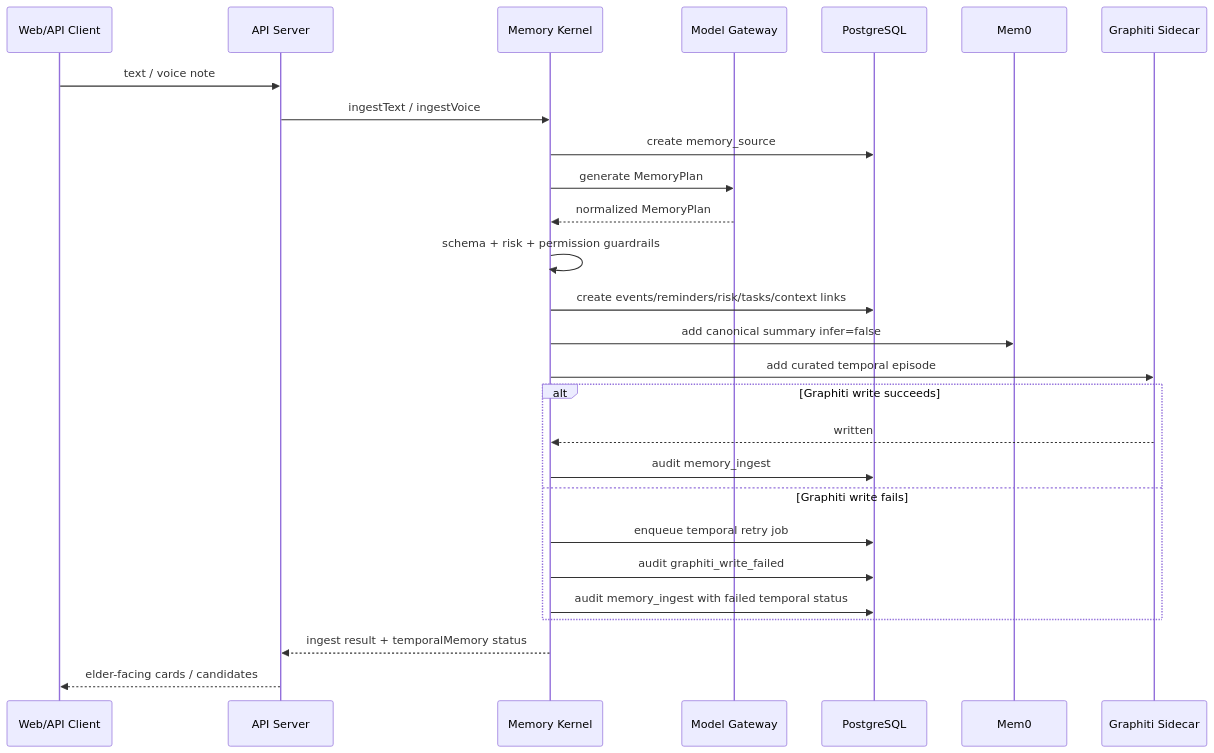
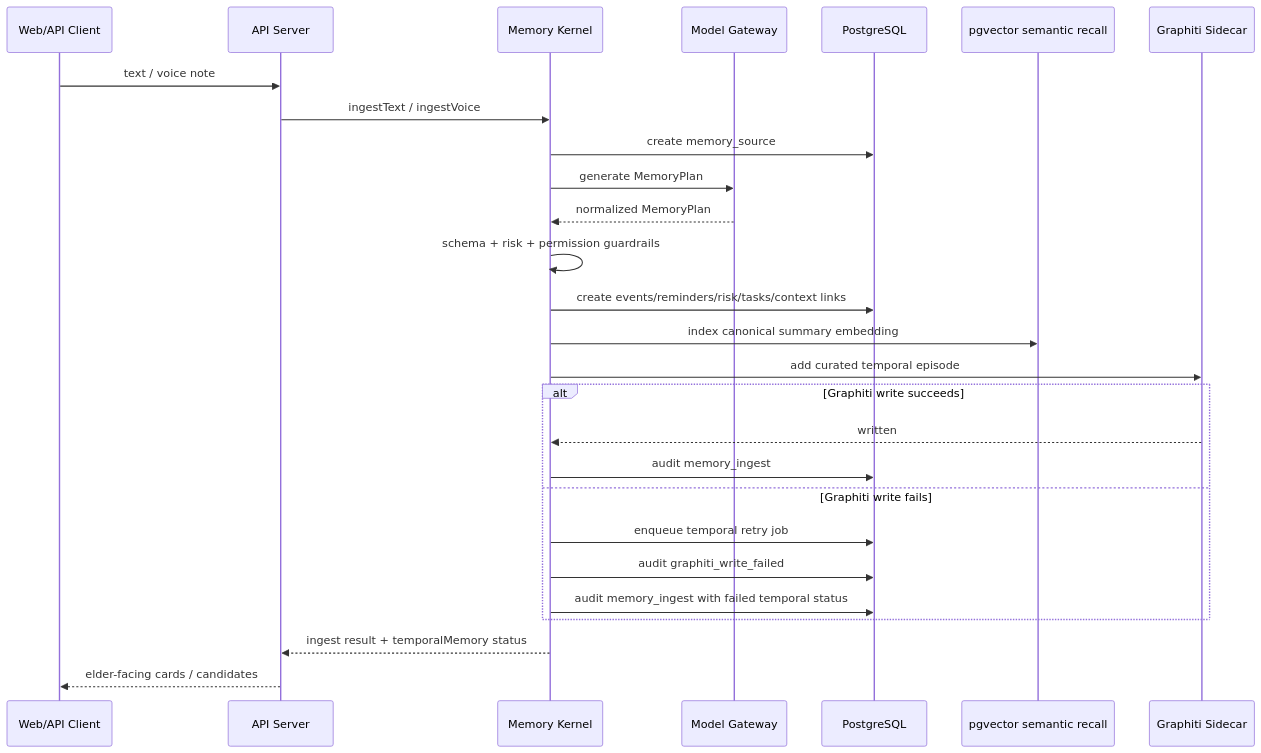
The third of 5 diagrams in docs/current-capabilities-and-architecture.md (archpeng/goldmem), drawn with Mermaid before and after one commit. The commit also changed other lines of this file and 56 other files, not shown here.

Commit message:
Replace Mem0 with pgvector semantic recall

````diff
--- a/docs/current-capabilities-and-architecture.md
+++ b/docs/current-capabilities-and-architecture.md
@@ -80,30 +80,30 @@
 ```mermaid
 sequenceDiagram
   participant Client as Web/API Client
   participant API as API Server
   participant Kernel as Memory Kernel
   participant Model as Model Gateway
   participant PG as PostgreSQL
-  participant Mem0 as Mem0
+  participant Semantic as pgvector semantic recall
   participant Graphiti as Graphiti Sidecar
 
   Client->>API: text / voice note
   API->>Kernel: ingestText / ingestVoice
   Kernel->>PG: create memory_source
   Kernel->>Model: generate MemoryPlan
   Model-->>Kernel: normalized MemoryPlan
   Kernel->>Kernel: schema + risk + permission guardrails
   Kernel->>PG: create events/reminders/risk/tasks/context links
-  Kernel->>Mem0: add canonical summary infer=false
+  Kernel->>Semantic: index canonical summary embedding
   Kernel->>Graphiti: add curated temporal episode
   alt Graphiti write succeeds
     Graphiti-->>Kernel: written
     Kernel->>PG: audit memory_ingest
   else Graphiti write fails
     Kernel->>PG: enqueue temporal retry job
     Kernel->>PG: audit graphiti_write_failed
     Kernel->>PG: audit memory_ingest with failed temporal status
   end
   Kernel-->>API: ingest result + temporalMemory status
   API-->>Client: elder-facing cards / candidates
 ```
````
